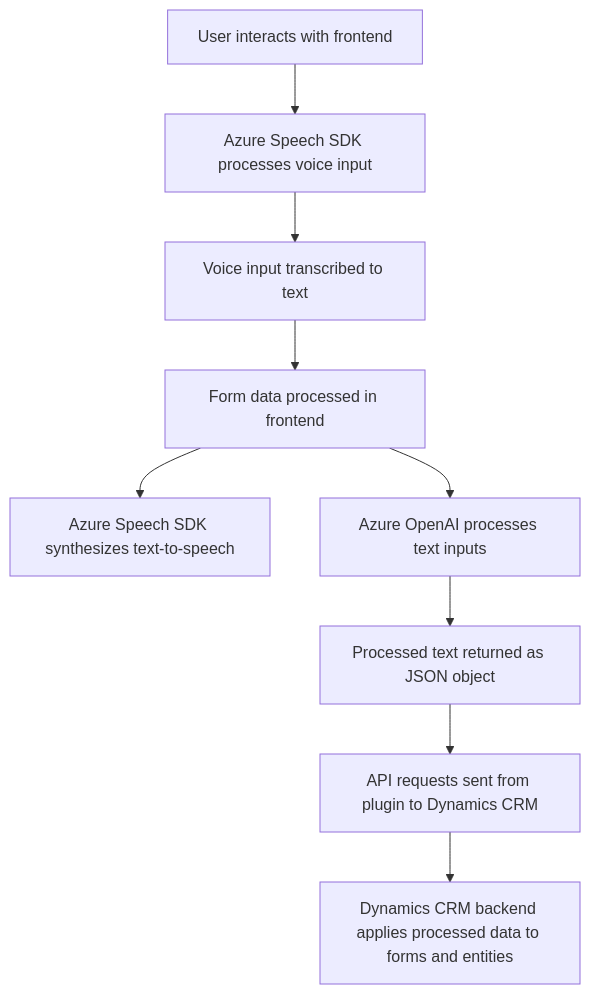
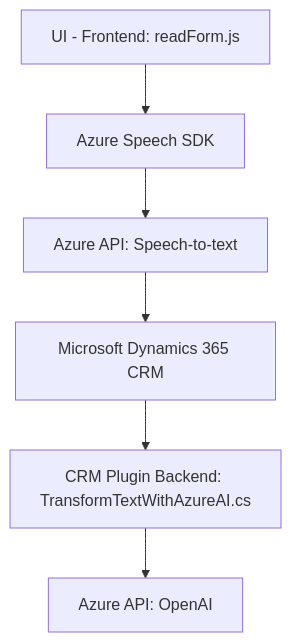
One commit to blopezdm/NETCORE_BILBAO2025 changed the diagram in README.md. Above: the diagram before and after it, drawn with Mermaid. The commit also changed other lines of this file, not shown here.

````diff
--- a/README.md
+++ b/README.md
@@ -44,21 +37,15 @@
 ```mermaid
 graph TD
-    A["User interacts with frontend"]
-    B["Azure Speech SDK processes voice input"]
-    C["Voice input transcribed to text"]
-    D["Form data processed in frontend"]
-    E["Azure Speech SDK synthesizes text-to-speech"]
-    F["Azure OpenAI processes text inputs"]
-    G["API requests sent from plugin to Dynamics CRM"]
-    H["Processed text returned as JSON object"]
-    I["Dynamics CRM backend applies processed data to forms and entities"]
+    A["UI - Frontend: readForm.js"]
+    B["Azure Speech SDK"]
+    C["Azure API: Speech-to-text"]
+    D["Microsoft Dynamics 365 CRM"]
+    E["CRM Plugin Backend: TransformTextWithAzureAI.cs"]
+    F["Azure API: OpenAI"]
 
     A --> B
     B --> C
     C --> D
     D --> E
-    D --> F
-    F --> H
-    H --> G
-    G --> I
+    E --> F
 ```
````
